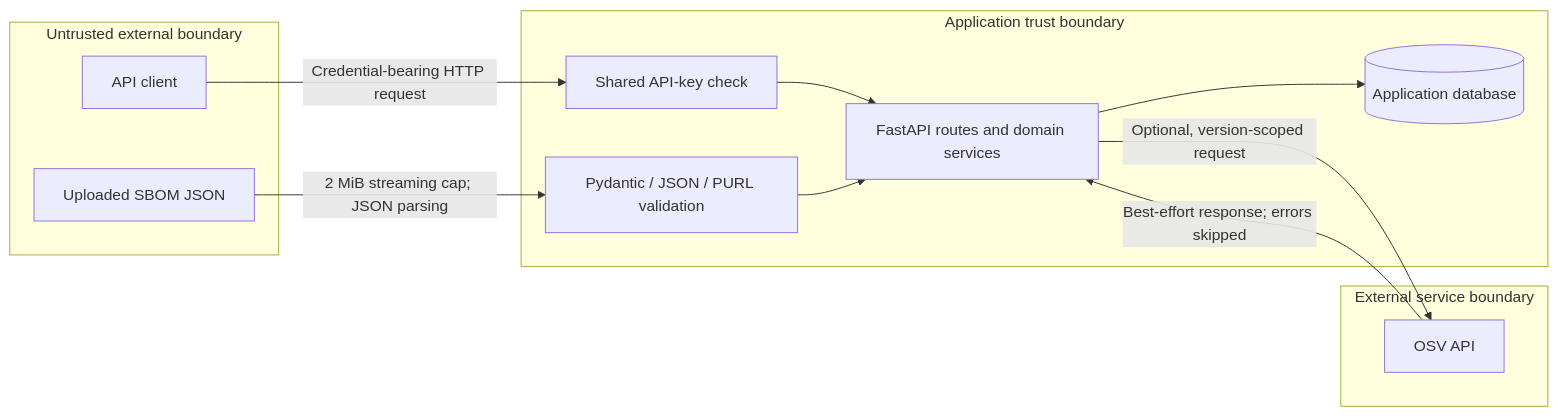
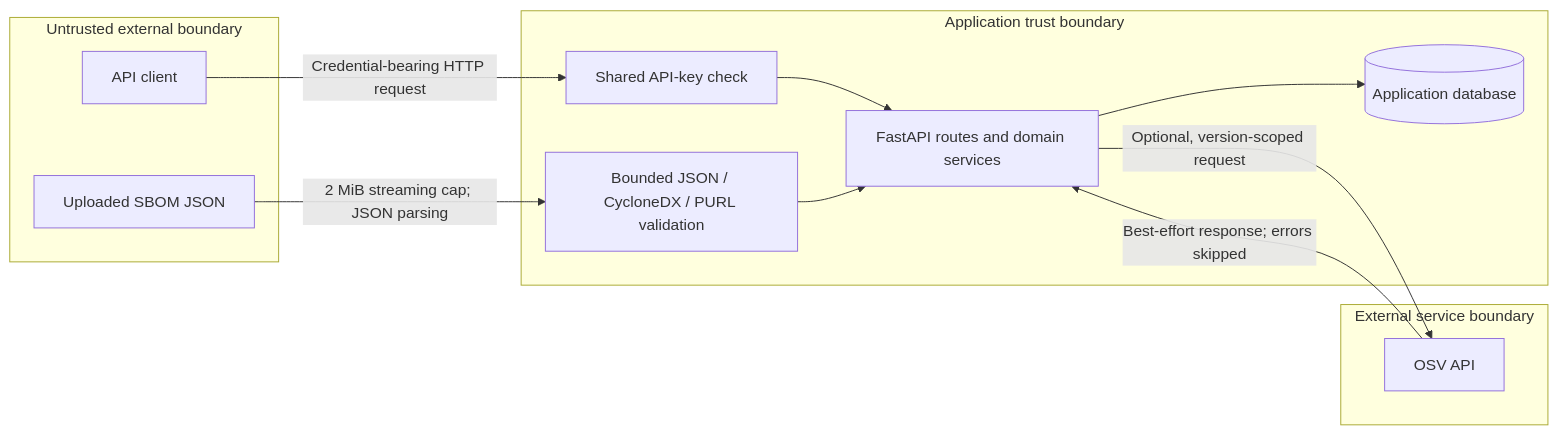
The second of 6 diagrams in docs/architecture.md (silvatechf/DeviceTrust), drawn with Mermaid before and after one commit. The commit also changed other lines of this file, not shown here.

Commit message:
docs: clarify API and SBOM validation boundaries

````diff
--- a/docs/architecture.md
+++ b/docs/architecture.md
@@ -43,23 +45,23 @@
 ```mermaid
 flowchart LR
     subgraph EXT["Untrusted external boundary"]
       CLIENT["API client"]
       BOM["Uploaded SBOM JSON"]
     end
     subgraph APP["Application trust boundary"]
       AUTH["Shared API-key check"]
-      VALID["Pydantic / JSON / PURL validation"]
+      VALID["Bounded JSON / CycloneDX / PURL validation"]
       ROUTE["FastAPI routes and domain services"]
       DB[("Application database")]
     end
     subgraph THIRD["External service boundary"]
       OSV["OSV API"]
     end
     CLIENT -->|"Credential-bearing HTTP request"| AUTH
     AUTH --> ROUTE
     BOM -->|"2 MiB streaming cap; JSON parsing"| VALID
     VALID --> ROUTE
     ROUTE --> DB
     ROUTE -->|"Optional, version-scoped request"| OSV
     OSV -->|"Best-effort response; errors skipped"| ROUTE
 ```
````
